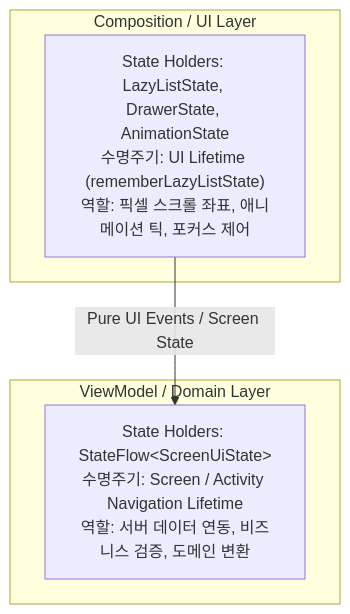
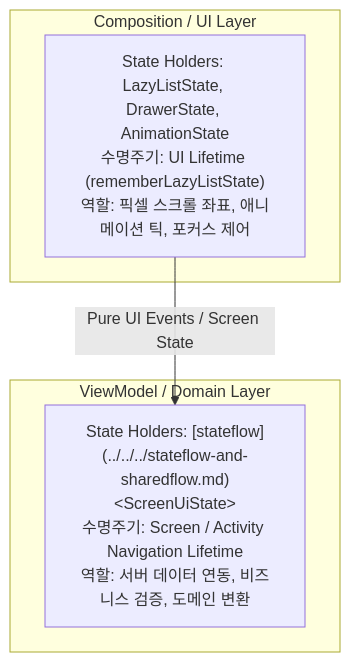
The diagram in 01_inbox/mobile/android/02_app_framework/jetpack-compose/state-and-lifecycle/compose-state-and-effect-contracts/ui-controllers-and-effect-runners-live-with-ui-lifetime.md (youngmin-gwon/what-i-studied), drawn with Mermaid before and after one commit. The commit also changed other lines of this file and 185 other files, not shown here.

````diff
--- a/01_inbox/mobile/android/02_app_framework/jetpack-compose/state-and-lifecycle/compose-state-and-effect-contracts/ui-controllers-and-effect-runners-live-with-ui-lifetime.md
+++ b/01_inbox/mobile/android/02_app_framework/jetpack-compose/state-and-lifecycle/compose-state-and-effect-contracts/ui-controllers-and-effect-runners-live-with-ui-lifetime.md
@@ -32,12 +32,12 @@
 ```mermaid
 graph TD
     subgraph UI["Composition / UI Layer"]
         A["State Holders: LazyListState, DrawerState, AnimationState<br/>수명주기: UI Lifetime (rememberLazyListState)<br/>역할: 픽셀 스크롤 좌표, 애니메이션 틱, 포커스 제어"]
     end
 
     subgraph VM["ViewModel / Domain Layer"]
-        B["State Holders: StateFlow&lt;ScreenUiState&gt;<br/>수명주기: Screen / Activity Navigation Lifetime<br/>역할: 서버 데이터 연동, 비즈니스 검증, 도메인 변환"]
+        B["State Holders: [stateflow](../../../stateflow-and-sharedflow.md)&lt;ScreenUiState&gt;<br/>수명주기: Screen / Activity Navigation Lifetime<br/>역할: 서버 데이터 연동, 비즈니스 검증, 도메인 변환"]
     end
 
     A -->|"Pure UI Events / Screen State"| B
 ```
````
